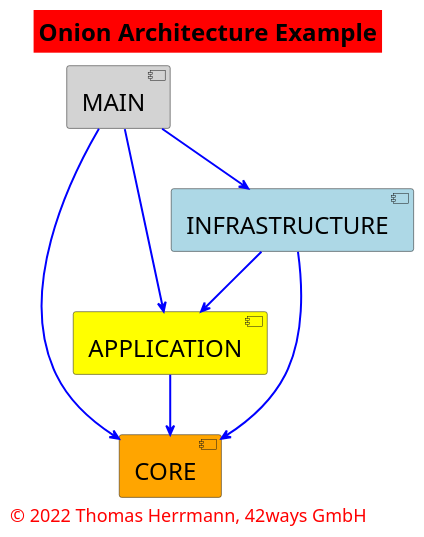
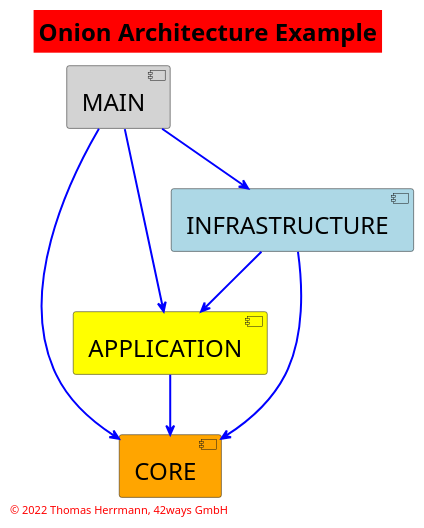
Before and after one commit to 42ways/onion-architecture-blueprint: the diagram in modules.puml, drawn with PlantUML. The commit also changed 2 other files, not shown here.

```diff
--- a/modules.puml
+++ b/modules.puml
@@ -1,46 +1,46 @@
 @startuml
 
 <style>
 title {
   FontSize 24
   FontColor Black
   BackgroundColor Red
 }
 footer {
   HorizontalAlignment left
-  FontSize 18
+  FontSize 11
   FontColor red
 }
 </style>
 
 ' skinparam linetype ortho
 ' skinparam titleBorderRoundCorner 15
 ' skinparam titleBorderThickness 2
 ' skinparam titleBorderColor red
 ' skinparam titleBackgroundColor Red
 
 
 title Onion Architecture Example
 
 component CORE #orange
 
 component APPLICATION #yellow
 
 component INFRASTRUCTURE #lightblue
 
 component MAIN #lightgray
 
   MAIN -[#blue,bold]-> INFRASTRUCTURE
   MAIN -[#blue,bold]-> APPLICATION
   MAIN -[#blue,bold]-> CORE
 
   INFRASTRUCTURE -[#blue,bold]-> APPLICATION
   INFRASTRUCTURE -[#blue,bold]-> CORE
 
   APPLICATION -[#blue,bold]-> CORE
 
 footer
 © 2022 Thomas Herrmann, 42ways GmbH
 endfooter
 
 @enduml
```
